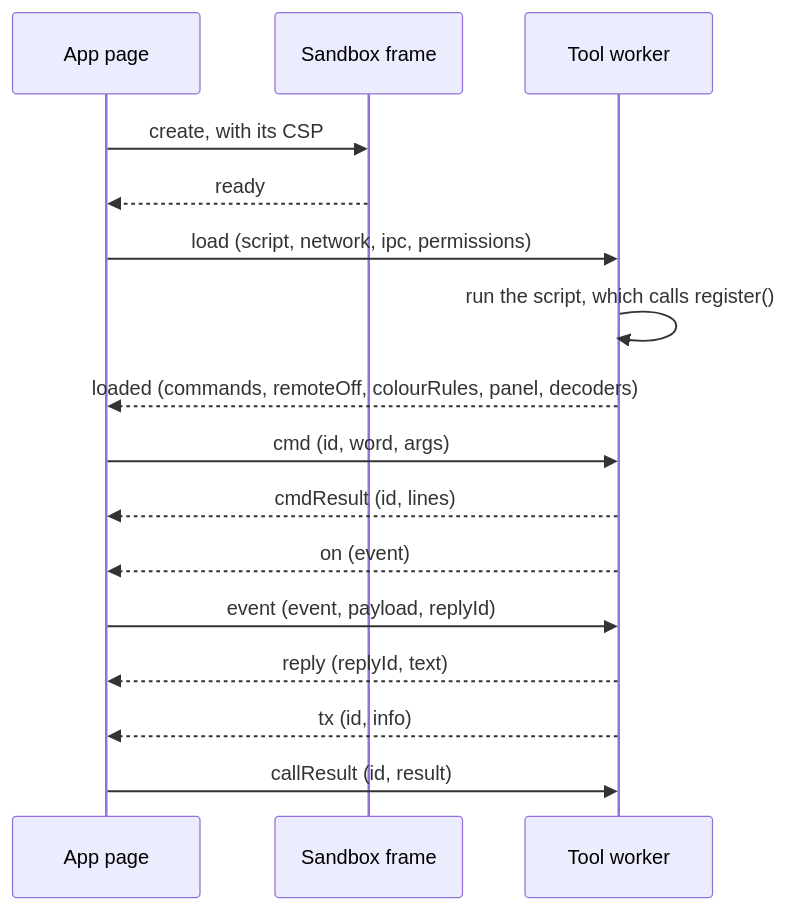
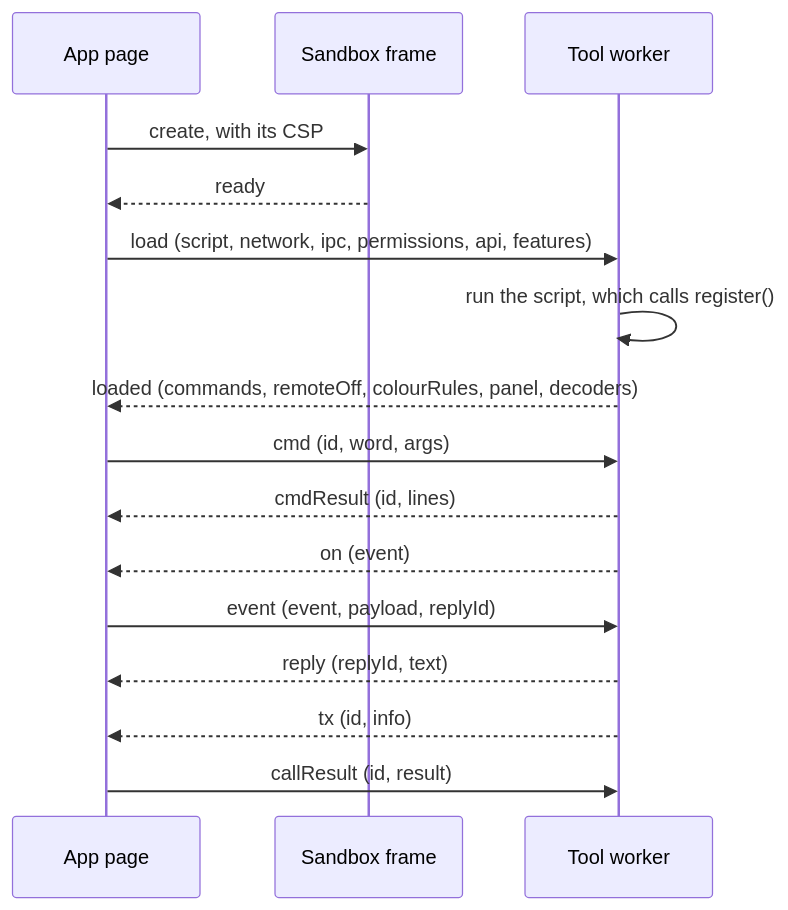
Before and after one commit to apachler/aprscaching-tools: the second of 2 diagrams in docs/write/how-a-tool-runs.md, drawn with Mermaid. The commit also changed other lines of this file and 8 other files, not shown here.

````diff
--- a/docs/write/how-a-tool-runs.md
+++ b/docs/write/how-a-tool-runs.md
@@ -65,18 +65,18 @@
 ```mermaid
 sequenceDiagram
     participant App as App page
     participant Frame as Sandbox frame
     participant Tool as Tool worker
     App->>Frame: create, with its CSP
     Frame-->>App: ready
-    App->>Tool: load (script, network, ipc, permissions)
+    App->>Tool: load (script, network, ipc, permissions, api, features)
     Tool->>Tool: run the script, which calls register()
     Tool-->>App: loaded (commands, remoteOff, colourRules, panel, decoders)
     App->>Tool: cmd (id, word, args)
     Tool-->>App: cmdResult (id, lines)
     Tool-->>App: on (event)
     App->>Tool: event (event, payload, replyId)
     Tool-->>App: reply (replyId, text)
     Tool-->>App: tx (id, info)
     App->>Tool: callResult (id, result)
 ```
````
